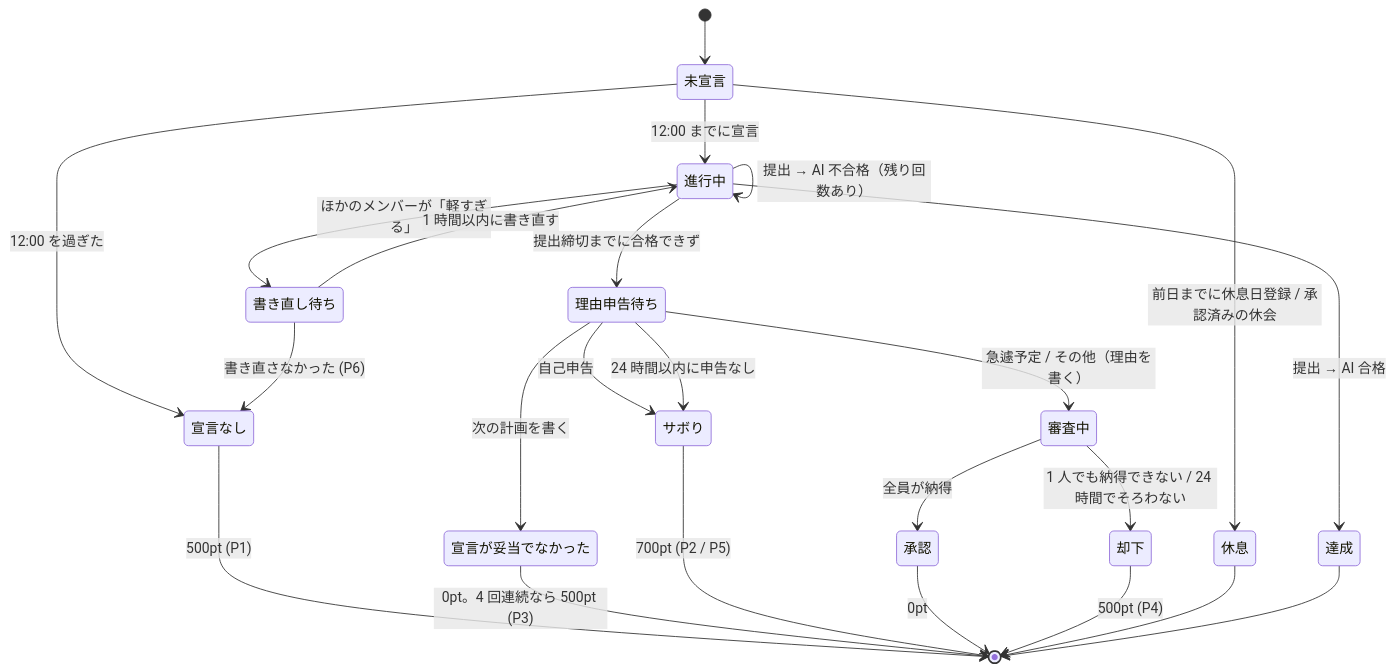
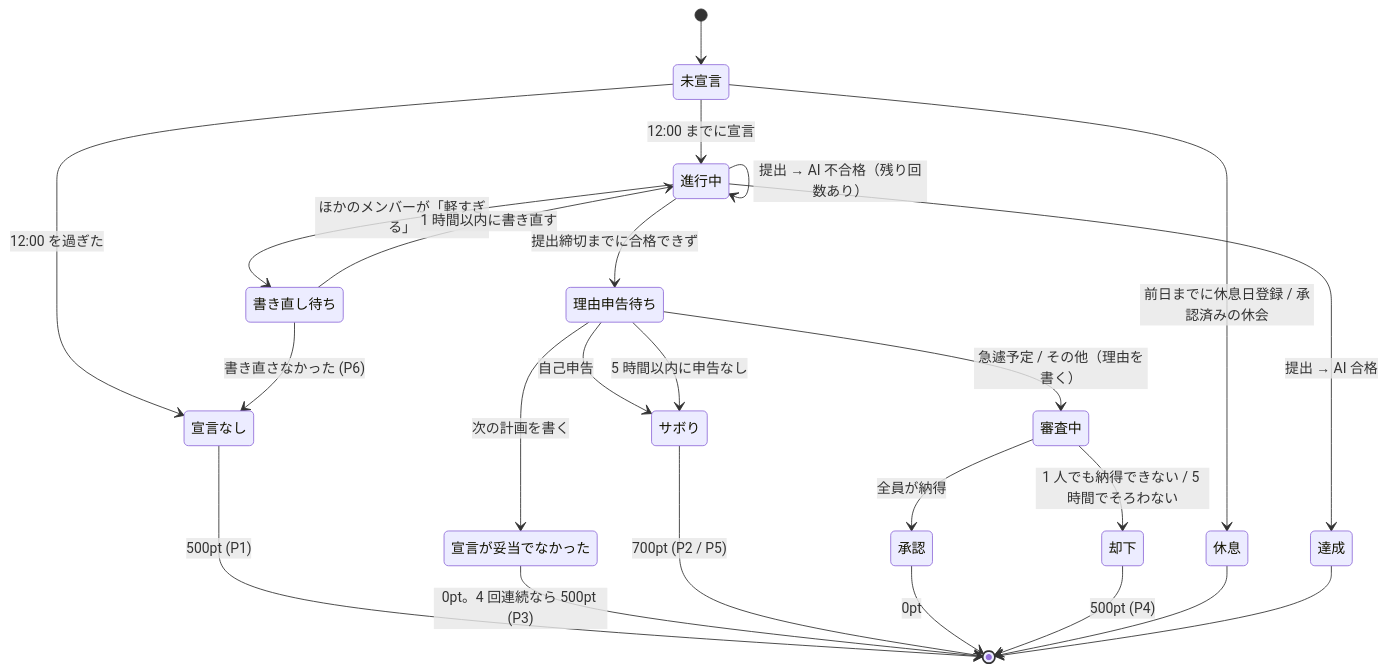
One commit to ashilal1/force-study-app changed the diagram in docs/requirements.md. Above: the diagram before and after it, drawn with Mermaid. The commit also changed other lines of this file and 3 other files, not shown here.

````diff
--- a/docs/requirements.md
+++ b/docs/requirements.md
@@ -57,29 +57,29 @@
 ```mermaid
 stateDiagram-v2
     [*] --> 未宣言
     未宣言 --> 休息: 前日までに休息日登録 / 承認済みの休会
     未宣言 --> 進行中: 12:00 までに宣言
     未宣言 --> 宣言なし: 12:00 を過ぎた
     宣言なし --> [*]: 500pt (P1)
 
     進行中 --> 書き直し待ち: ほかのメンバーが「軽すぎる」
     書き直し待ち --> 進行中: 1 時間以内に書き直す
     書き直し待ち --> 宣言なし: 書き直さなかった (P6)
     進行中 --> 進行中: 提出 → AI 不合格（残り回数あり）
     進行中 --> 達成: 提出 → AI 合格
     進行中 --> 理由申告待ち: 提出締切までに合格できず
 
     理由申告待ち --> 宣言が妥当でなかった: 次の計画を書く
     理由申告待ち --> サボり: 自己申告
     理由申告待ち --> 審査中: 急遽予定 / その他（理由を書く）
-    理由申告待ち --> サボり: 24 時間以内に申告なし
+    理由申告待ち --> サボり: 5 時間以内に申告なし
 
     宣言が妥当でなかった --> [*]: 0pt。4 回連続なら 500pt (P3)
     サボり --> [*]: 700pt (P2 / P5)
     審査中 --> 承認: 全員が納得
-    審査中 --> 却下: 1 人でも納得できない / 24 時間でそろわない
+    審査中 --> 却下: 1 人でも納得できない / 5 時間でそろわない
     承認 --> [*]: 0pt
     却下 --> [*]: 500pt (P4)
     休息 --> [*]
     達成 --> [*]
 ```
````
